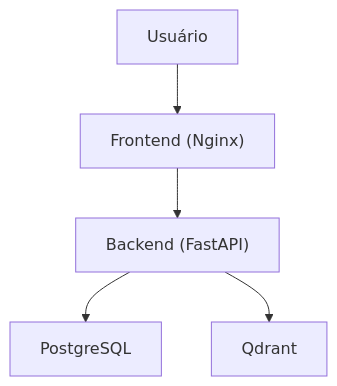
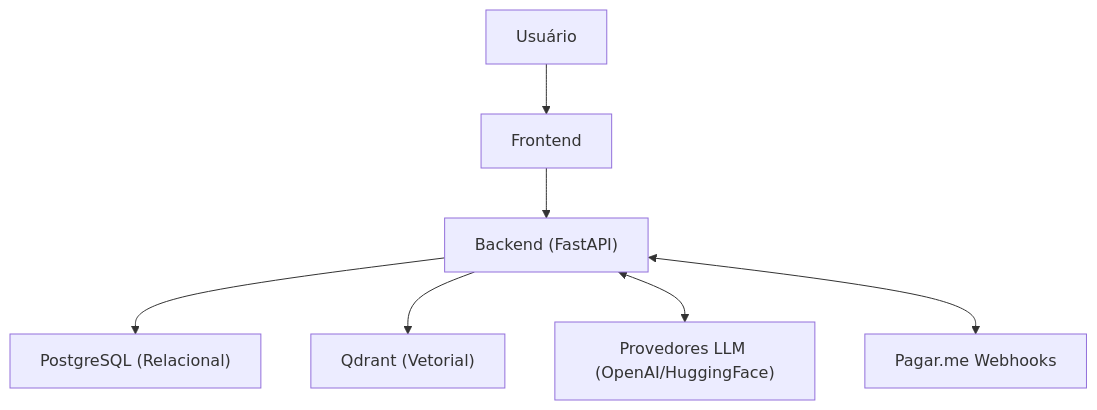
One commit to UniPFC/MentorIA changed the diagram in README.md. Above: the diagram before and after it, drawn with Mermaid. The commit also changed other lines of this file and 3 other files, not shown here.

````diff
--- a/README.md
+++ b/README.md
@@ -26,7 +48,9 @@
 ```mermaid
 graph TD
-    User["Usuário"] --> Web["Frontend (Nginx)"]
+    User["Usuário"] --> Web["Frontend"]
     Web --> API["Backend (FastAPI)"]
-    API --> DB["PostgreSQL"]
-    API --> VectorDB["Qdrant"]
+    API --> DB["PostgreSQL (Relacional)"]
+    API --> VectorDB["Qdrant (Vetorial)"]
+    API <--> ExternalAI["Provedores LLM (OpenAI/HuggingFace)"]
+    API <--> PaymentGateway["Pagar.me Webhooks"]
 ```
````
